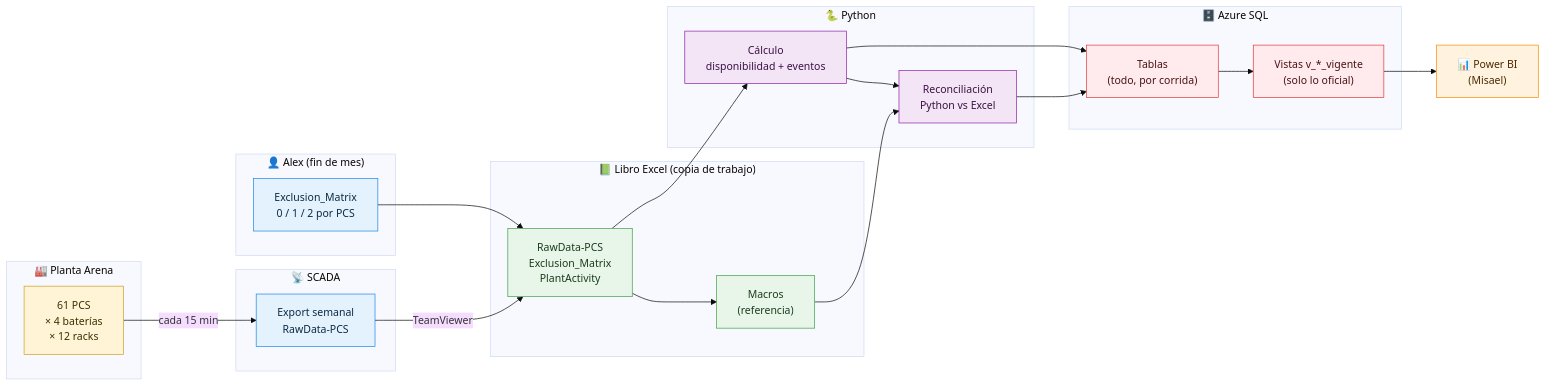
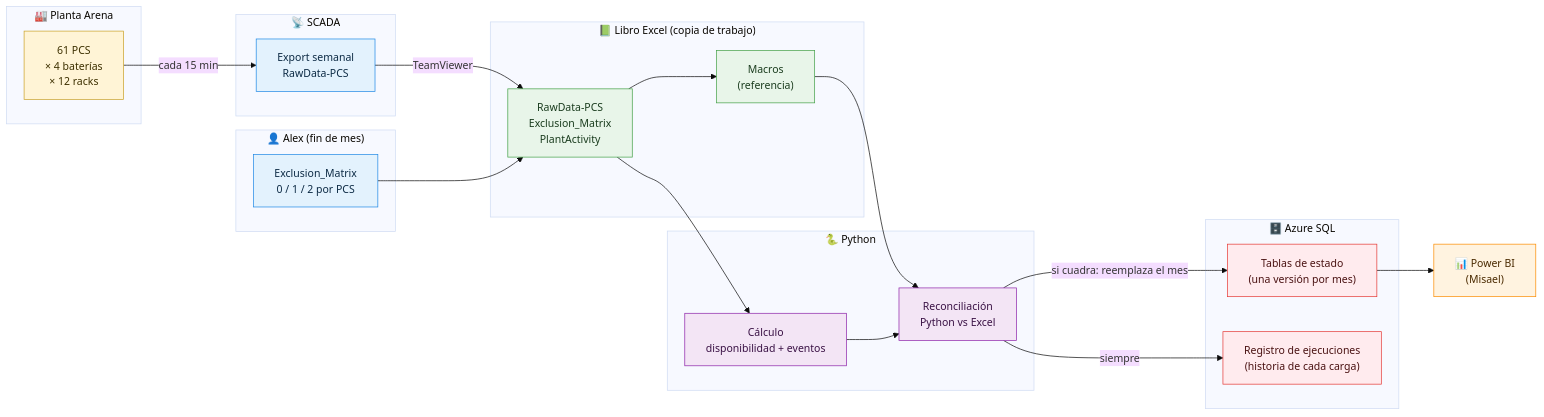
The first of 6 diagrams in docs/modelo-datos.md (franciscobarrientoscaceres/ETL_Arena), drawn with Mermaid before and after one commit. The commit also changed other lines of this file and 45 other files, not shown here.

````diff
--- a/docs/modelo-datos.md
+++ b/docs/modelo-datos.md
@@ -20,51 +21,50 @@
 ```mermaid
 %%{init: {'theme':'base','themeVariables':{'fontSize':'15px'}}}%%
 flowchart LR
     subgraph P["🏭 Planta Arena"]
         PCS["61 PCS<br/>× 4 baterías<br/>× 12 racks"]
     end
     subgraph S["📡 SCADA"]
         EXP["Export semanal<br/>RawData-PCS"]
     end
     subgraph A["👤 Alex (fin de mes)"]
         EM["Exclusion_Matrix<br/>0 / 1 / 2 por PCS"]
     end
     subgraph X["📗 Libro Excel (copia de trabajo)"]
         HOJAS["RawData-PCS<br/>Exclusion_Matrix<br/>PlantActivity"]
         MAC["Macros<br/>(referencia)"]
     end
     subgraph PY["🐍 Python"]
         CALC["Cálculo<br/>disponibilidad + eventos"]
         REC["Reconciliación<br/>Python vs Excel"]
     end
     subgraph DB["🗄️ Azure SQL"]
-        TAB["Tablas<br/>(todo, por corrida)"]
-        VIS["Vistas v_*_vigente<br/>(solo lo oficial)"]
+        TAB["Tablas de estado<br/>(una versión por mes)"]
+        REG["Registro de ejecuciones<br/>(historia de cada carga)"]
     end
     PBI["📊 Power BI<br/>(Misael)"]
 
     PCS -- "cada 15 min" --> EXP
     EXP -- "TeamViewer" --> HOJAS
     EM --> HOJAS
     HOJAS --> MAC
     HOJAS --> CALC
     MAC --> REC
     CALC --> REC
-    CALC --> TAB
-    REC --> TAB
-    TAB --> VIS
-    VIS --> PBI
+    REC -- "si cuadra: reemplaza el mes" --> TAB
+    REC -- "siempre" --> REG
+    TAB --> PBI
 
     classDef planta fill:#FFF4D6,stroke:#C9A227,color:#3D3000
     classDef fuente fill:#E3F2FD,stroke:#1E88E5,color:#0D2B45
     classDef excel fill:#E8F5E9,stroke:#43A047,color:#1B3D1F
     classDef py fill:#F3E5F5,stroke:#8E24AA,color:#3A1245
     classDef bd fill:#FFEBEE,stroke:#E53935,color:#4A1212
     classDef bi fill:#FFF3E0,stroke:#FB8C00,color:#4A2A00
     class PCS planta
     class EXP,EM fuente
     class HOJAS,MAC excel
     class CALC,REC py
-    class TAB,VIS bd
+    class TAB,REG bd
     class PBI bi
 ```
````
